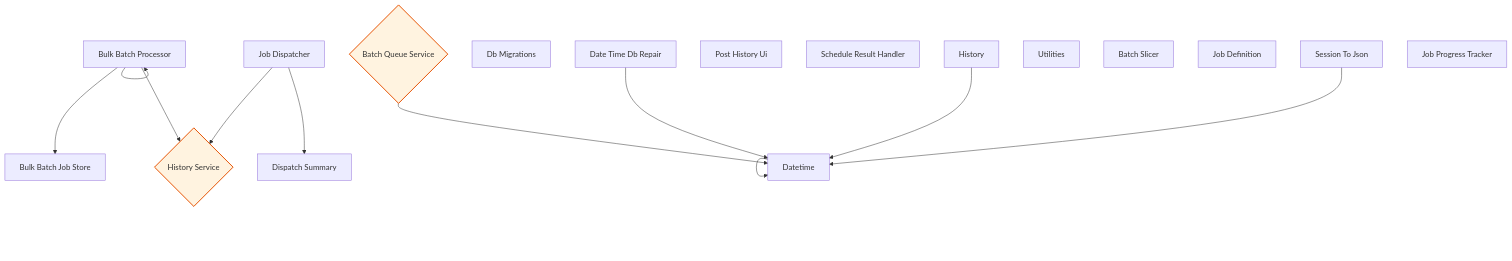
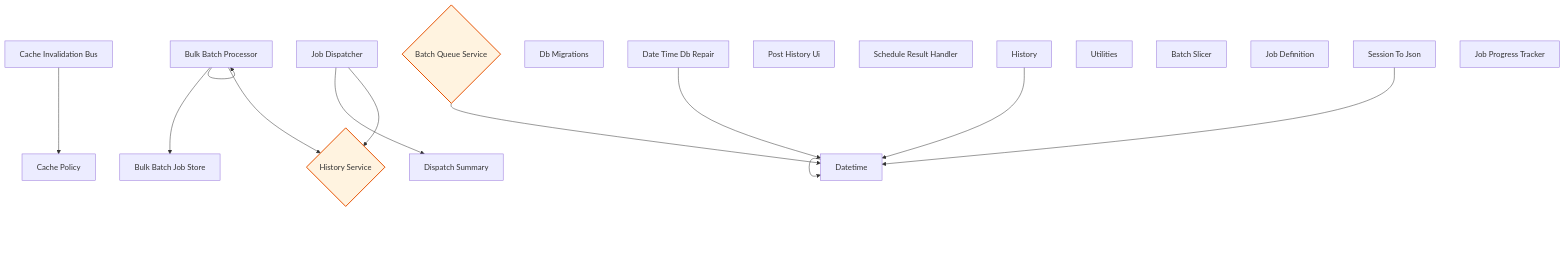
Before and after one commit to rpnunez/wp-ai-scheduler: diagram 19 of 19 in docs/feature-report.md, drawn with Mermaid. The commit also changed other lines of this file and 1 other file, not shown here.

````diff
--- a/docs/feature-report.md
+++ b/docs/feature-report.md
@@ -934,38 +945,41 @@
 ```mermaid
 flowchart TD
     %% Utilities Architecture
 
     Batch_Queue_Service{"Batch Queue Service"}
     Bulk_Batch_Job_Store["Bulk Batch Job Store"]
     Bulk_Batch_Processor["Bulk Batch Processor"]
+    Cache_Invalidation_Bus["Cache Invalidation Bus"]
+    Cache_Policy["Cache Policy"]
     Date_Time_DB_Repair["Date Time Db Repair"]
     DateTime["Datetime"]
     DB_Migrations["Db Migrations"]
     History_Service{"History Service"}
     History["History"]
     Post_History_UI["Post History Ui"]
     Schedule_Result_Handler["Schedule Result Handler"]
     Session_To_JSON["Session To Json"]
     Utilities["Utilities"]
     Batch_Slicer["Batch Slicer"]
     Dispatch_Summary["Dispatch Summary"]
     Job_Definition["Job Definition"]
     Job_Dispatcher["Job Dispatcher"]
     Job_Progress_Tracker["Job Progress Tracker"]
 
     Batch_Queue_Service --> DateTime
     Bulk_Batch_Processor --> Bulk_Batch_Job_Store
     Bulk_Batch_Processor --> Bulk_Batch_Processor
     Bulk_Batch_Processor --> History_Service
+    Cache_Invalidation_Bus --> Cache_Policy
     Date_Time_DB_Repair --> DateTime
     DateTime --> DateTime
     History --> DateTime
     Session_To_JSON --> DateTime
     Job_Dispatcher --> Dispatch_Summary
     Job_Dispatcher --> History_Service
 
     classDef repository fill:#e1f5ff,stroke:#01579b,stroke-width:2px
     classDef service fill:#fff3e0,stroke:#e65100,stroke-width:2px
     classDef controller fill:#f3e5f5,stroke:#4a148c,stroke-width:2px
     class Batch_Queue_Service,History_Service service
 ```
````
